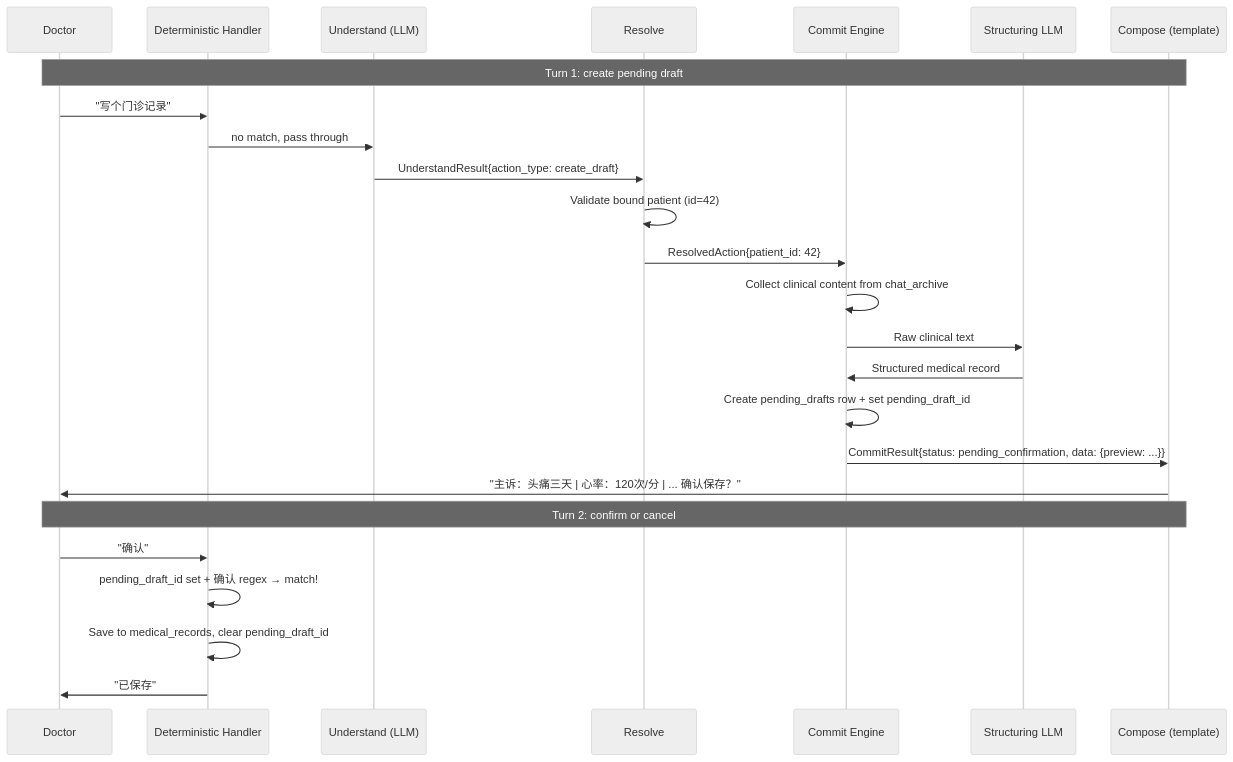
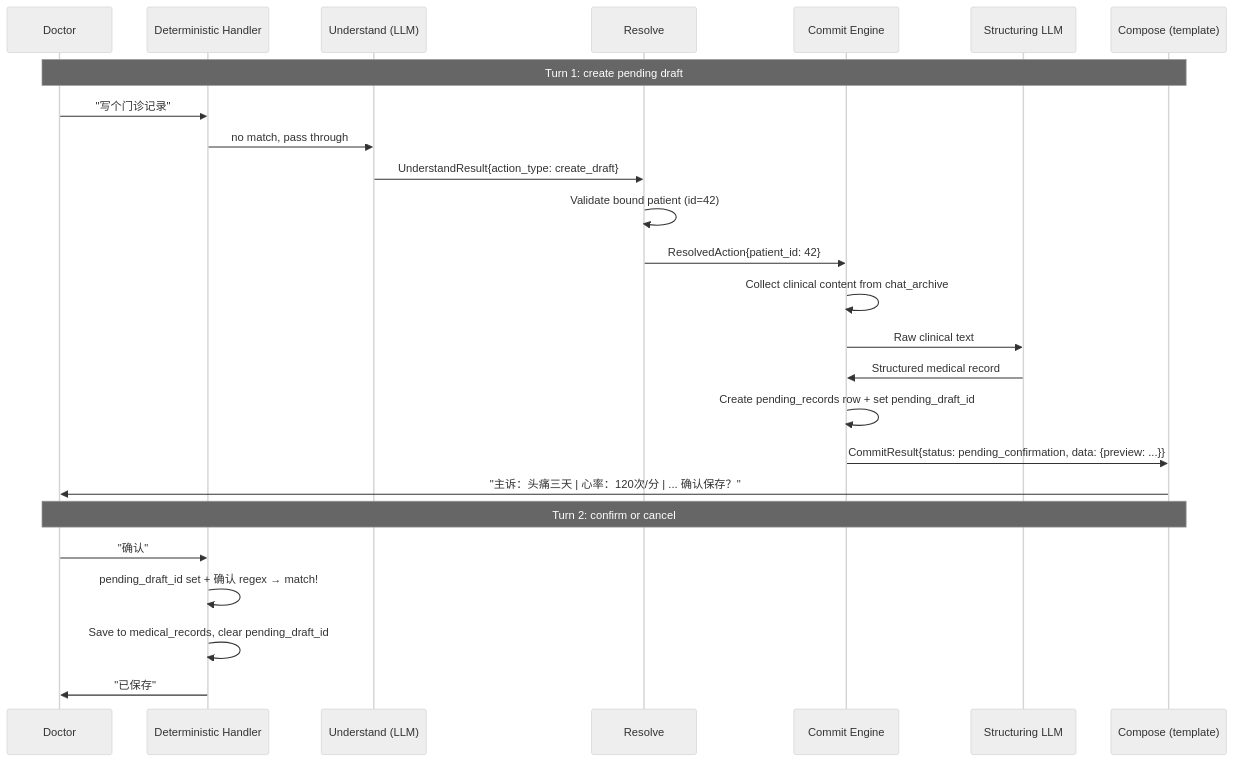
Before and after one commit to moments8890/doctor-ai-agent: the sixth of 8 diagrams in docs/adr/0012-architecture-diagram.md, drawn with Mermaid (neutral theme). The commit also changed other lines of this file and 2 other files, not shown here.

First line of the commit message:
docs: LLM-based date normalization, full diagram sync pass

````diff
--- a/docs/adr/0012-architecture-diagram.md
+++ b/docs/adr/0012-architecture-diagram.md
@@ -175,31 +175,31 @@
 ```mermaid
 sequenceDiagram
     participant D as Doctor
     participant DH as Deterministic Handler
     participant U as Understand (LLM)
     participant R as Resolve
     participant CE as Commit Engine
     participant S as Structuring LLM
     participant Co as Compose (template)
 
     Note over D,Co: Turn 1: create pending draft
 
     D->>DH: "写个门诊记录"
     DH->>U: no match, pass through
     U->>R: UnderstandResult{action_type: create_draft}
     R->>R: Validate bound patient (id=42)
     R->>CE: ResolvedAction{patient_id: 42}
     CE->>CE: Collect clinical content from chat_archive
     CE->>S: Raw clinical text
     S->>CE: Structured medical record
-    CE->>CE: Create pending_drafts row + set pending_draft_id
+    CE->>CE: Create pending_records row + set pending_draft_id
     CE->>Co: CommitResult{status: pending_confirmation, data: {preview: ...}}
     Co->>D: "主诉：头痛三天 | 心率：120次/分 | ... 确认保存？"
 
     Note over D,Co: Turn 2: confirm or cancel
 
     D->>DH: "确认"
     DH->>DH: pending_draft_id set + 确认 regex → match!
     DH->>DH: Save to medical_records, clear pending_draft_id
     DH->>D: "已保存"
 ```
````
